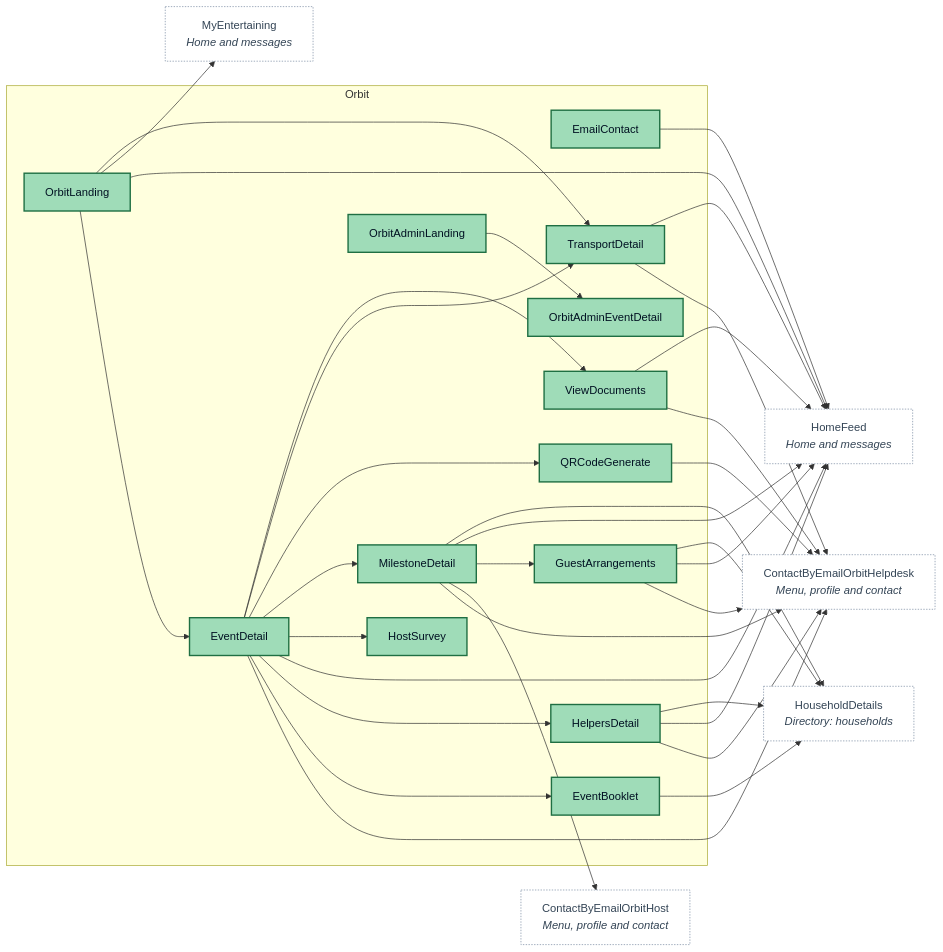
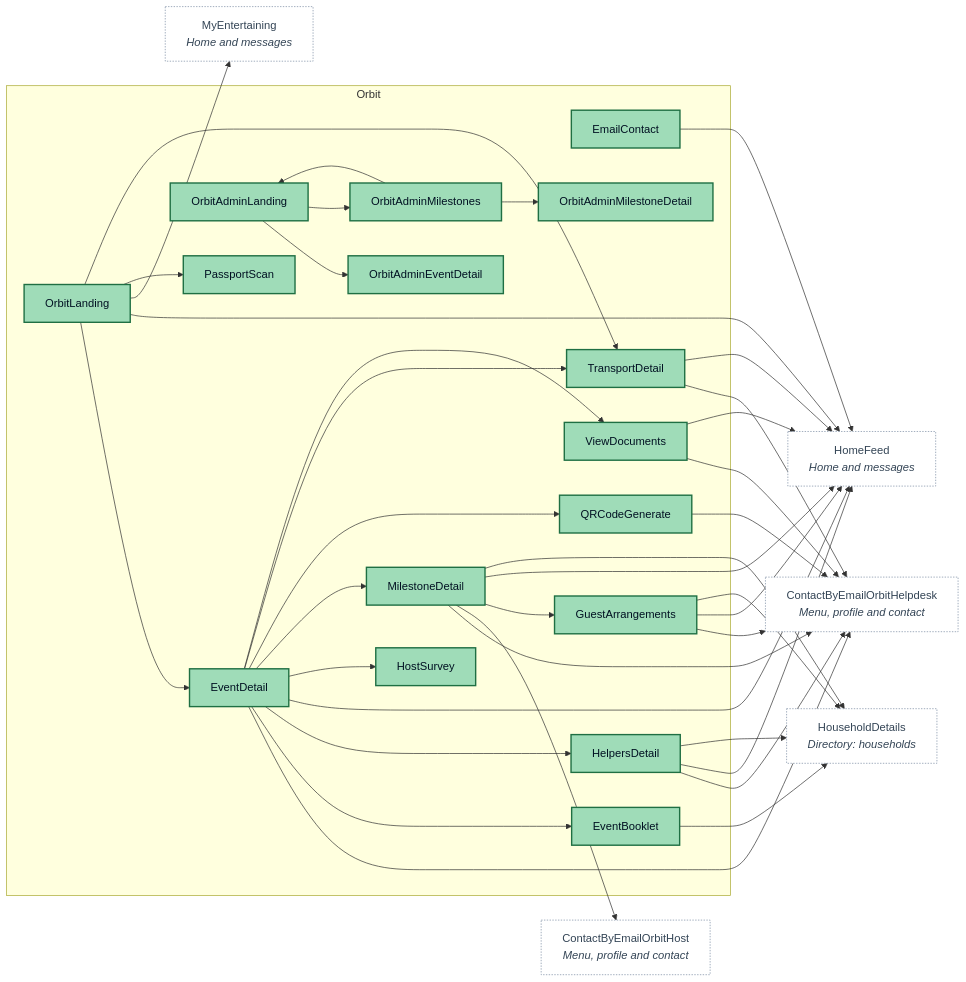
One commit to Phoenix-DX/connect-new-ui changed the ninth of 14 diagrams in migration/sitemap.md. Above: the diagram before and after it, drawn with Mermaid. The commit also changed other lines of this file and 15 other files, not shown here.

````diff
--- a/migration/sitemap.md
+++ b/migration/sitemap.md
@@ -531,62 +537,69 @@
 ```mermaid
 flowchart LR
   classDef build fill:#9fdcb8,stroke:#1f6f43,color:#012,stroke-width:2px
   classDef skip fill:#cfcfcf,stroke:#555555,color:#333,stroke-width:2px
   classDef pbuild fill:#e3f5ea,stroke:#2e8b57,color:#123,stroke-dasharray:4 3
   classDef decide fill:#fff1c9,stroke:#c99700,color:#321,stroke-dasharray:4 3
   classDef pskip fill:#f2f2f2,stroke:#999999,color:#666,stroke-dasharray:4 3
   classDef ext fill:#ffffff,stroke:#7a8ca3,color:#345,stroke-dasharray:2 2
   classDef hub fill:#e8eefc,stroke:#5b74b8,color:#223
   subgraph AREA["Orbit"]
     EmailContact["EmailContact"]:::build
     EventBooklet["EventBooklet"]:::build
     EventDetail["EventDetail"]:::build
     GuestArrangements["GuestArrangements"]:::build
     HelpersDetail["HelpersDetail"]:::build
     HostSurvey["HostSurvey"]:::build
     MilestoneDetail["MilestoneDetail"]:::build
     OrbitAdminEventDetail["OrbitAdminEventDetail"]:::build
     OrbitAdminLanding["OrbitAdminLanding"]:::build
+    OrbitAdminMilestoneDetail["OrbitAdminMilestoneDetail"]:::build
+    OrbitAdminMilestones["OrbitAdminMilestones"]:::build
     OrbitLanding["OrbitLanding"]:::build
+    PassportScan["PassportScan"]:::build
     QRCodeGenerate["QRCodeGenerate"]:::build
     TransportDetail["TransportDetail"]:::build
     ViewDocuments["ViewDocuments"]:::build
   end
   ContactByEmailOrbitHelpdesk["ContactByEmailOrbitHelpdesk<br/><i>Menu, profile and contact</i>"]:::ext
   ContactByEmailOrbitHost["ContactByEmailOrbitHost<br/><i>Menu, profile and contact</i>"]:::ext
   HomeFeed["HomeFeed<br/><i>Home and messages</i>"]:::ext
   HouseholdDetails["HouseholdDetails<br/><i>Directory: households</i>"]:::ext
   MyEntertaining["MyEntertaining<br/><i>Home and messages</i>"]:::ext
   EmailContact --> HomeFeed
   EventBooklet --> HouseholdDetails
   EventDetail --> ContactByEmailOrbitHelpdesk
   EventDetail --> EventBooklet
   EventDetail --> HelpersDetail
   EventDetail --> HomeFeed
   EventDetail --> HostSurvey
   EventDetail --> MilestoneDetail
   EventDetail --> QRCodeGenerate
   EventDetail --> TransportDetail
   EventDetail --> ViewDocuments
   GuestArrangements --> ContactByEmailOrbitHelpdesk
   GuestArrangements --> HomeFeed
   GuestArrangements --> HouseholdDetails
   HelpersDetail --> ContactByEmailOrbitHelpdesk
   HelpersDetail --> HomeFeed
   HelpersDetail --> HouseholdDetails
   MilestoneDetail --> ContactByEmailOrbitHelpdesk
   MilestoneDetail --> ContactByEmailOrbitHost
   MilestoneDetail --> GuestArrangements
   MilestoneDetail --> HomeFeed
   MilestoneDetail --> HouseholdDetails
   OrbitAdminLanding --> OrbitAdminEventDetail
+  OrbitAdminLanding --> OrbitAdminMilestones
+  OrbitAdminMilestones --> OrbitAdminLanding
+  OrbitAdminMilestones --> OrbitAdminMilestoneDetail
   OrbitLanding --> EventDetail
   OrbitLanding --> HomeFeed
   OrbitLanding --> MyEntertaining
+  OrbitLanding --> PassportScan
   OrbitLanding --> TransportDetail
   QRCodeGenerate --> ContactByEmailOrbitHelpdesk
   TransportDetail --> ContactByEmailOrbitHelpdesk
   TransportDetail --> HomeFeed
   ViewDocuments --> ContactByEmailOrbitHelpdesk
   ViewDocuments --> HomeFeed
 ```
````
